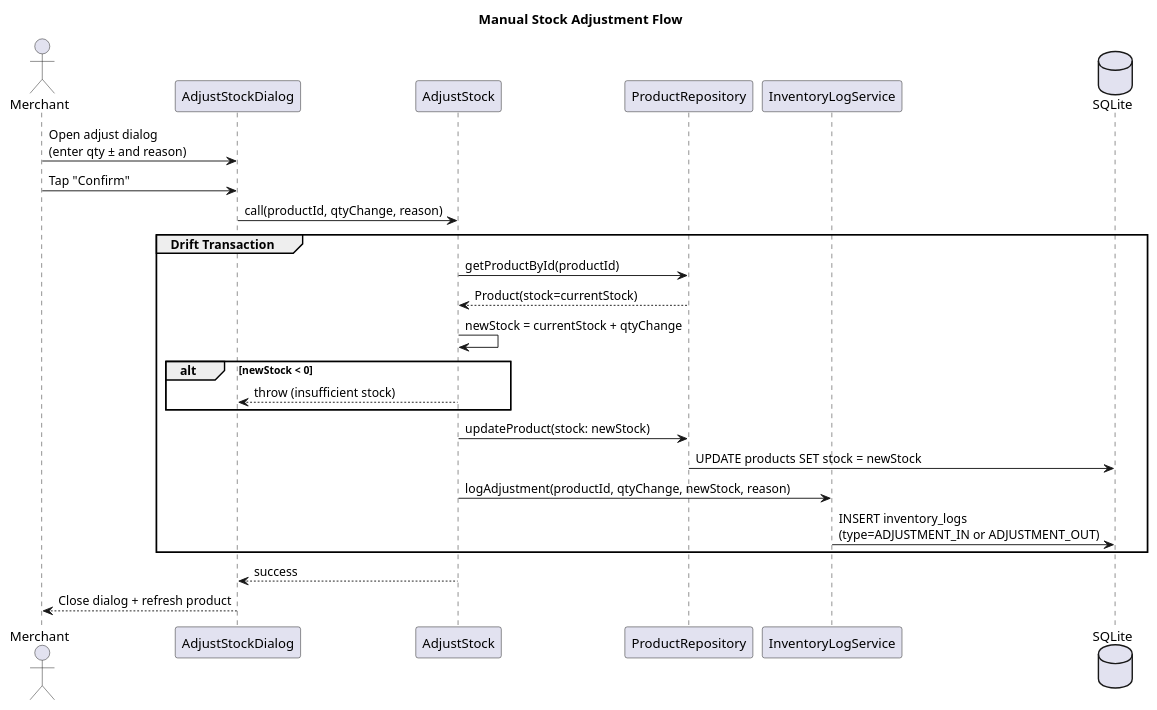
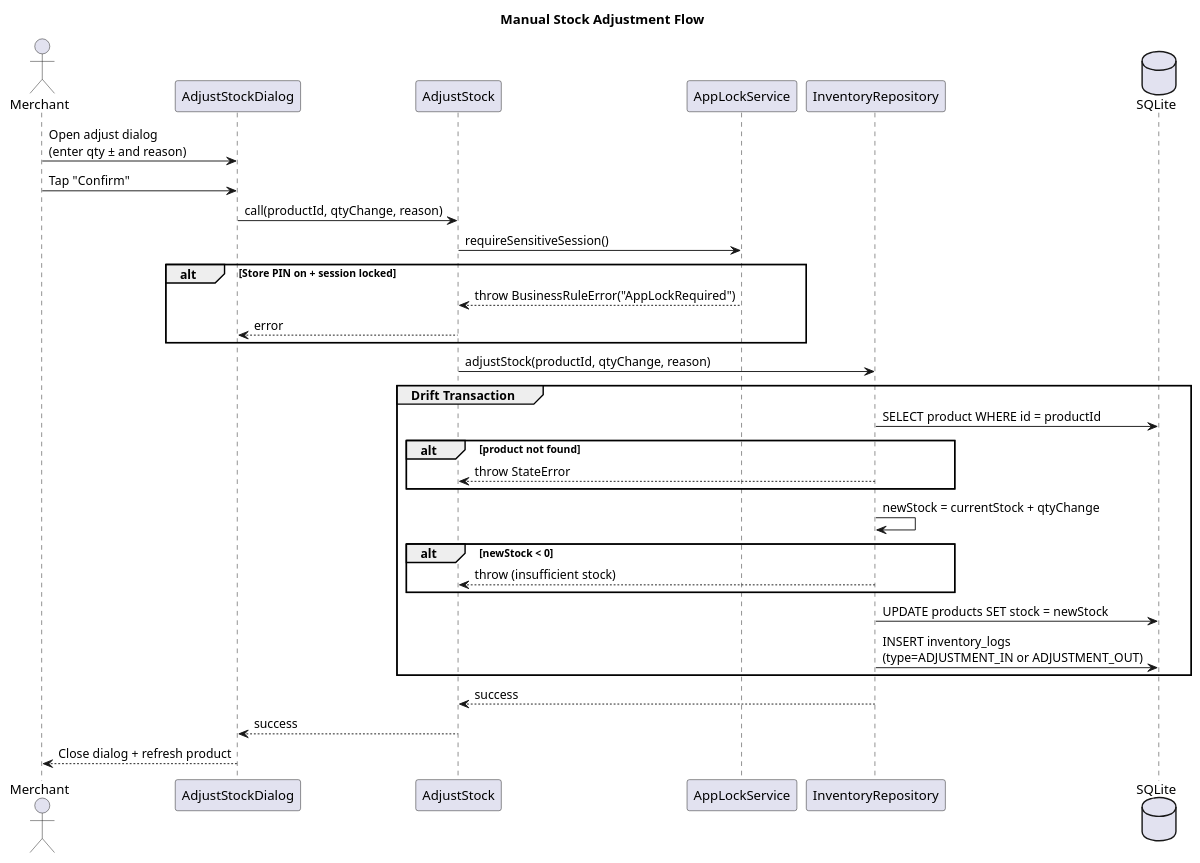
Before and after one commit to MN-Lizard-Team/promsell-pos-ce: the diagram in docs/architecture/puml/sequence-adjust-stock.puml, drawn with PlantUML. The commit also changed 743 other files, not shown here.

```diff
--- a/docs/architecture/puml/sequence-adjust-stock.puml
+++ b/docs/architecture/puml/sequence-adjust-stock.puml
@@ -1,35 +1,42 @@
 @startuml Sequence_AdjustStock
 title Manual Stock Adjustment Flow
 
 actor Merchant
 participant "AdjustStockDialog" as UI
 participant "AdjustStock" as UC
-participant "ProductRepository" as PRepo
-participant "InventoryLogService" as ILS
+participant "AppLockService" as AppLock
+participant "InventoryRepository" as InvRepo
 database "SQLite" as DB
 
 Merchant -> UI: Open adjust dialog\n(enter qty ± and reason)
 Merchant -> UI: Tap "Confirm"
 
 UI -> UC: call(productId, qtyChange, reason)
+UC -> AppLock: requireSensitiveSession()
+alt Store PIN on + session locked
+    AppLock --> UC: throw BusinessRuleError("AppLockRequired")
+    UC --> UI: error
+end
+
+UC -> InvRepo: adjustStock(productId, qtyChange, reason)
 
 group Drift Transaction
-    UC -> PRepo: getProductById(productId)
-    PRepo --> UC: Product(stock=currentStock)
-
-    UC -> UC: newStock = currentStock + qtyChange
-    alt newStock < 0
-        UC --> UI: throw (insufficient stock)
+    InvRepo -> DB: SELECT product WHERE id = productId
+    alt product not found
+        InvRepo --> UC: throw StateError
     end
 
-    UC -> PRepo: updateProduct(stock: newStock)
-    PRepo -> DB: UPDATE products SET stock = newStock
+    InvRepo -> InvRepo: newStock = currentStock + qtyChange
+    alt newStock < 0
+        InvRepo --> UC: throw (insufficient stock)
+    end
 
-    UC -> ILS: logAdjustment(productId, qtyChange, newStock, reason)
-    ILS -> DB: INSERT inventory_logs\n(type=ADJUSTMENT_IN or ADJUSTMENT_OUT)
+    InvRepo -> DB: UPDATE products SET stock = newStock
+    InvRepo -> DB: INSERT inventory_logs\n(type=ADJUSTMENT_IN or ADJUSTMENT_OUT)
 end
 
+InvRepo --> UC: success
 UC --> UI: success
 UI --> Merchant: Close dialog + refresh product
 
 @enduml
```
